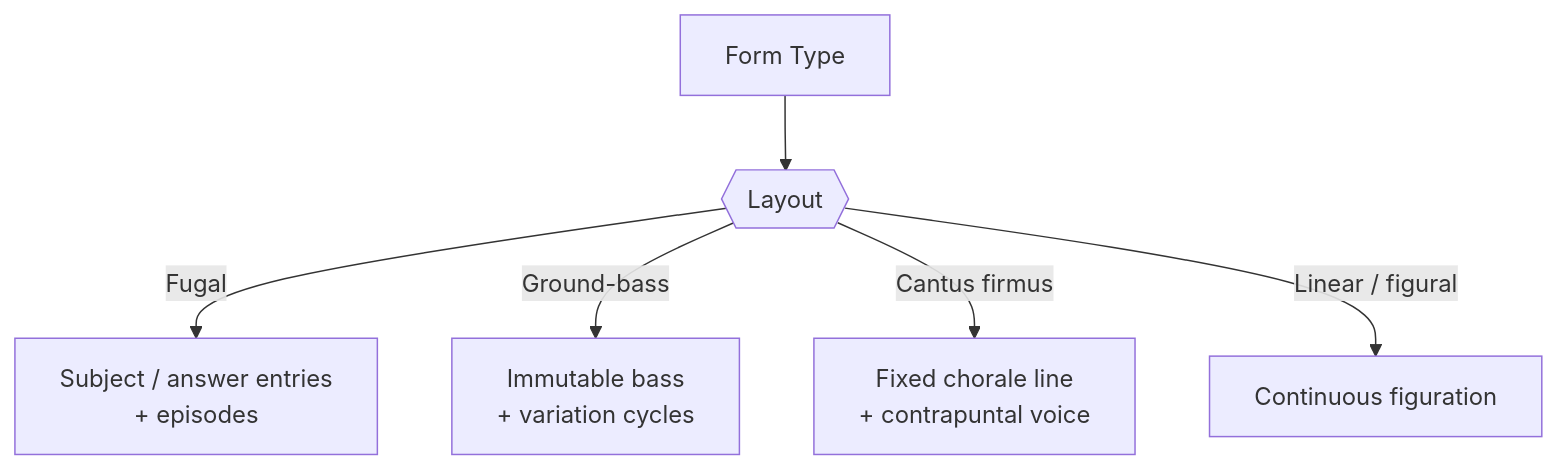
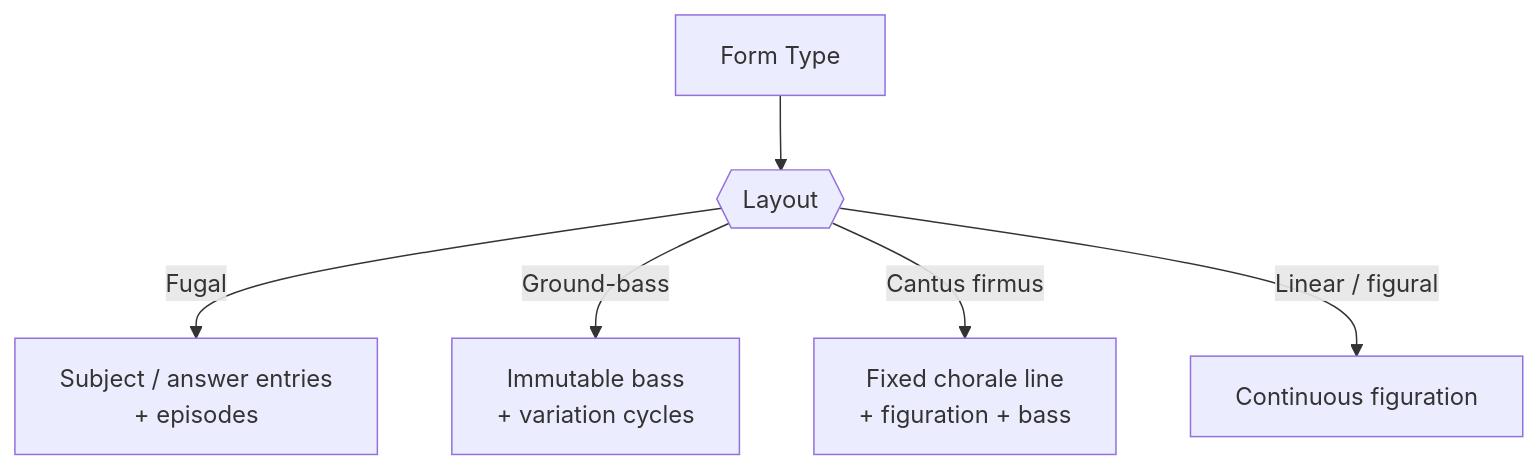
Before and after one commit to libraz/midi-sketch-bach-homepage: the second of 2 diagrams in src/docs/generation-pipeline.md, drawn with Mermaid. The commit also changed other lines of this file and 43 other files, not shown here.

````diff
--- a/src/docs/generation-pipeline.md
+++ b/src/docs/generation-pipeline.md
@@ -42,8 +43,8 @@
 ```mermaid
 graph TD
     A["Form Type"] --> B{{"Layout"}}
     B -->|"Fugal"| C["Subject / answer entries<br>+ episodes"]
     B -->|"Ground-bass"| D["Immutable bass<br>+ variation cycles"]
-    B -->|"Cantus firmus"| E["Fixed chorale line<br>+ contrapuntal voice"]
+    B -->|"Cantus firmus"| E["Fixed chorale line<br>+ figuration + bass"]
     B -->|"Linear / figural"| F["Continuous figuration"]
 ```
````
